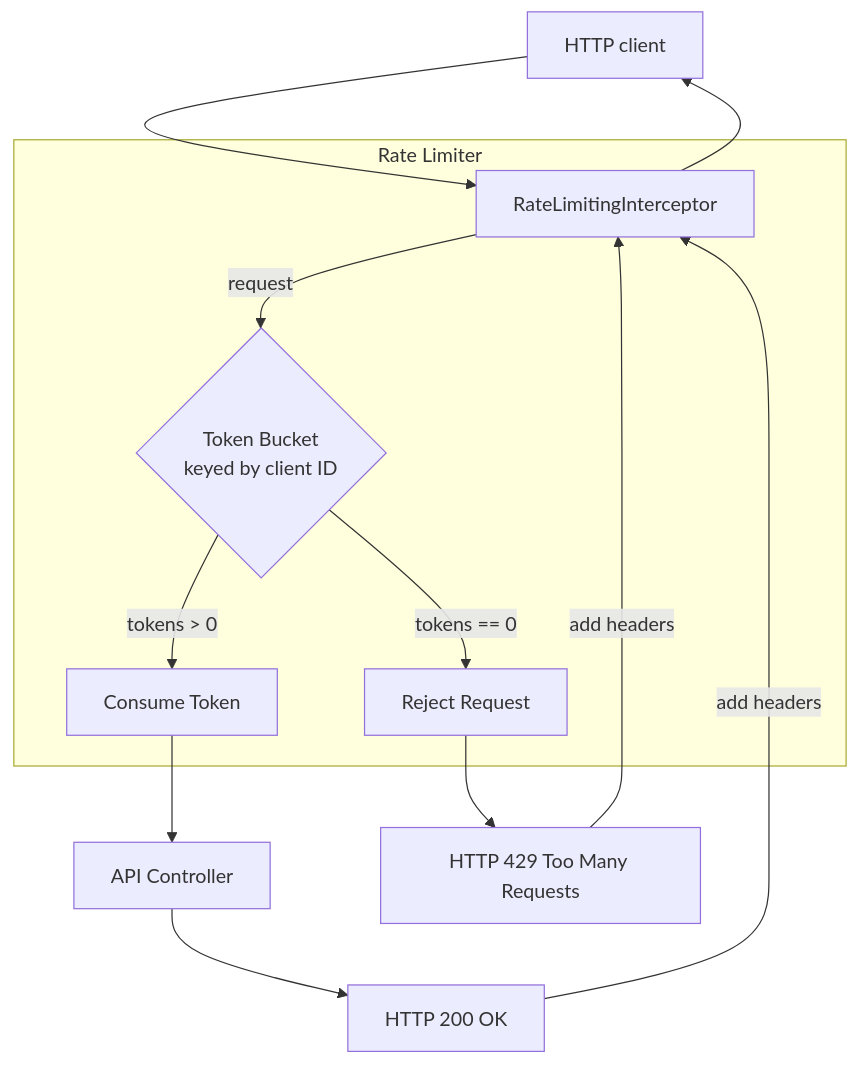
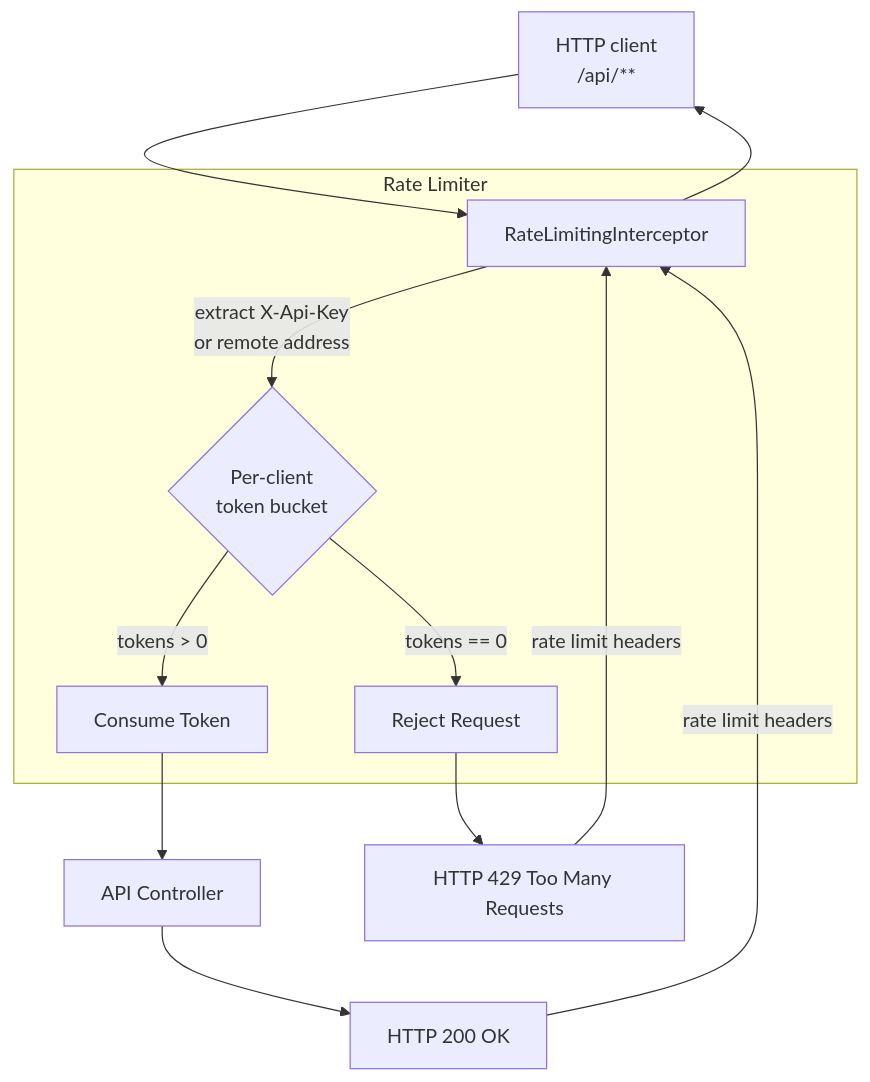
Before and after one commit to tuanhiep/infra: the diagram in brick/rate-limiter/README.md, drawn with Mermaid. The commit also changed other lines of this file and 9 other files, not shown here.

````diff
--- a/brick/rate-limiter/README.md
+++ b/brick/rate-limiter/README.md
@@ -31,19 +32,19 @@
 ```mermaid
 flowchart TD
-    caller[HTTP client] --> interceptor[RateLimitingInterceptor]
+    caller[HTTP client<br/>/api/**] --> interceptor[RateLimitingInterceptor]
     
     subgraph Rate Limiter
-        interceptor -->|request| bucket{Token Bucket<br/>keyed by client ID}
+        interceptor -->|extract X-Api-Key<br/>or remote address| bucket{Per-client<br/>token bucket}
         bucket -->|tokens > 0| consume[Consume Token]
         bucket -->|tokens == 0| reject[Reject Request]
     end
 
     consume --> controller[API Controller]
     controller --> response[HTTP 200 OK]
-    response -->|add headers| interceptor
+    response -->|rate limit headers| interceptor
     
     reject --> response429[HTTP 429 Too Many Requests]
-    response429 -->|add headers| interceptor
+    response429 -->|rate limit headers| interceptor
 
     interceptor --> caller
 ```
````
